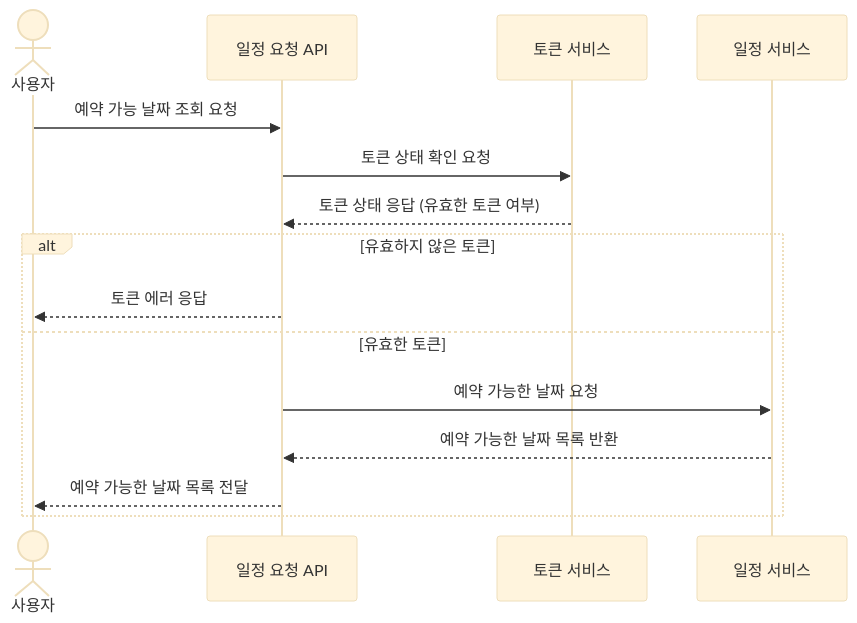
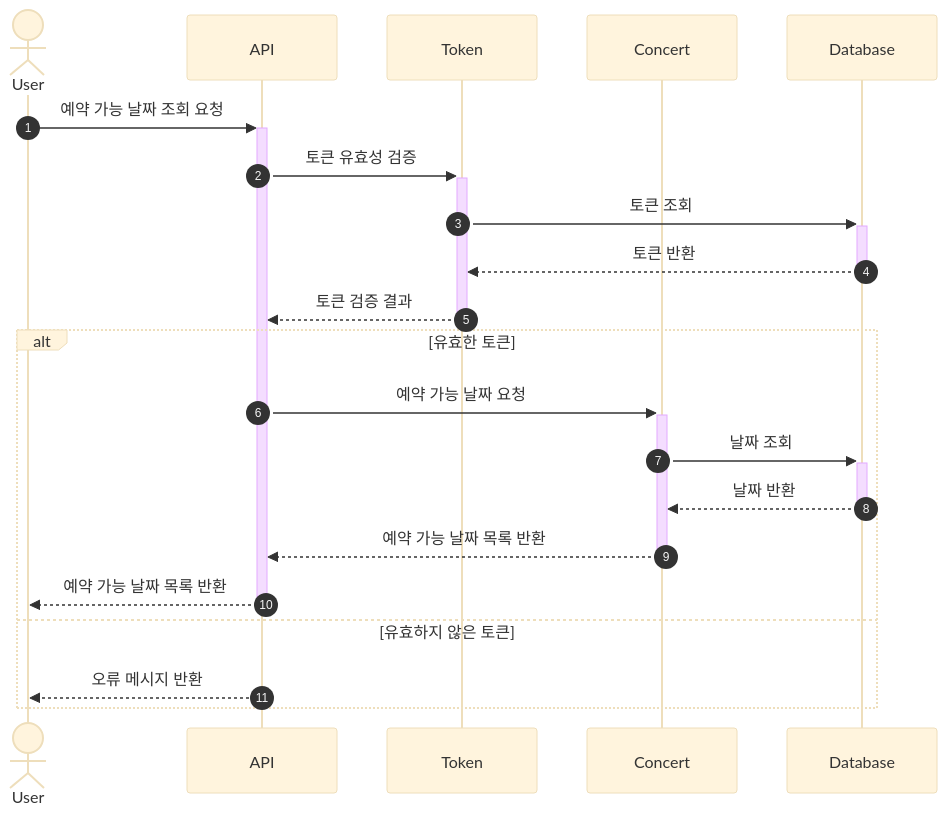
One commit to Kook-s/Concert changed the second of 7 diagrams in doc/sequence.md. Above: the diagram before and after it, drawn with Mermaid (base theme). The commit also changed other lines of this file and 2 other files, not shown here.

````diff
--- a/doc/sequence.md
+++ b/doc/sequence.md
@@ -38,20 +26,25 @@
-```mermaid
+``` mermaid
 sequenceDiagram
-    actor Client as 사용자
-    participant API as 일정 요청 API
-    participant Token as 토큰 서비스
-    participant Date as 일정 서비스
-		
-    Client ->> API: 예약 가능 날짜 조회 요청
-    API ->> Token: 토큰 상태 확인 요청
-    Token -->> API: 토큰 상태 응답 (유효한 토큰 여부)
-		
-		alt 유효하지 않은 토큰
-	      API -->> Client: 토큰 에러 응답
-		
-    else 유효한 토큰
-        API ->> Date: 예약 가능한 날짜 요청
-        Date -->> API: 예약 가능한 날짜 목록 반환
-        API -->> Client: 예약 가능한 날짜 목록 전달
-    end
+	autonumber
+	
+	actor User
+	participant API
+	participant Token
+	participant Concert
+	participant Database
+	
+	User ->> +API: 예약 가능 날짜 조회 요청
+	API ->> +Token: 토큰 유효성 검증
+	Token ->> +Database: 토큰 조회
+	Database -->> -Token: 토큰 반환
+	Token -->> -API: 토큰 검증 결과
+	alt 유효한 토큰
+	API ->> +Concert: 예약 가능 날짜 요청
+	Concert ->> +Database: 날짜 조회
+	Database -->> -Concert: 날짜 반환
+	Concert -->> -API: 예약 가능 날짜 목록 반환
+	API -->> -User: 예약 가능 날짜 목록 반환
+	else 유효하지 않은 토큰
+	API -->> User: 오류 메시지 반환
+	end
 ```
````
